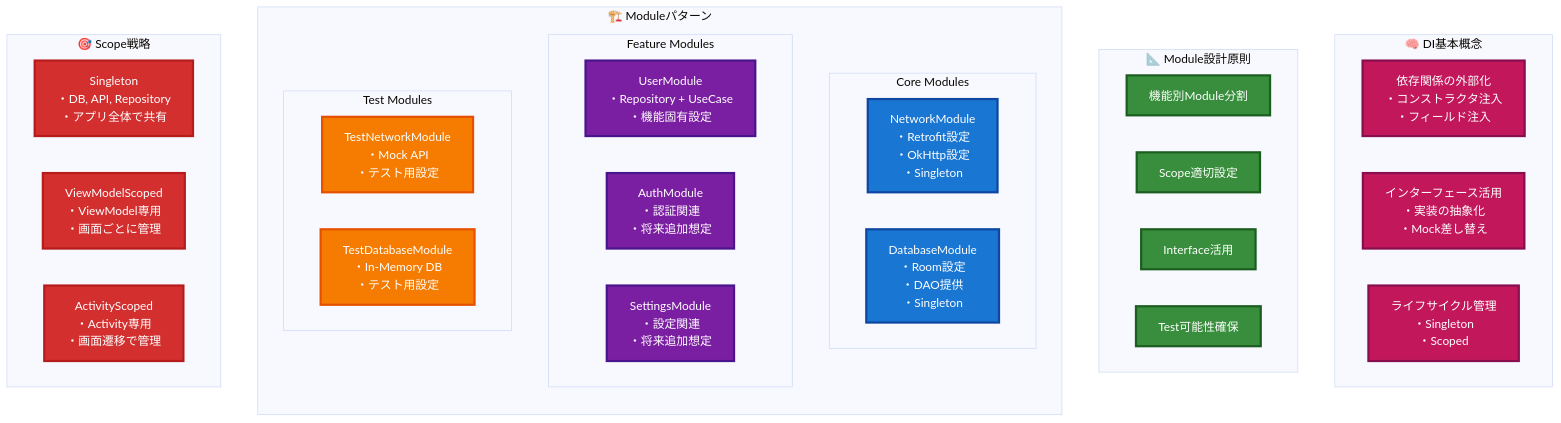
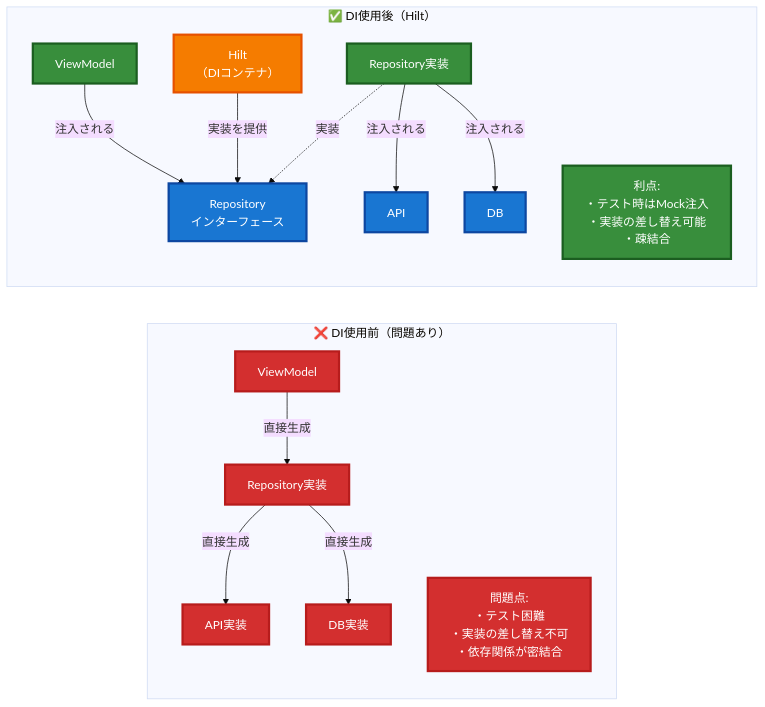
Before and after one commit to shimanukims/android-base: the fourth of 7 diagrams in ARCHITECTURE_GUIDE.md, drawn with Mermaid (base theme). The commit also changed other lines of this file, not shown here.

Commit message:
change architecture guide

````diff
--- a/ARCHITECTURE_GUIDE.md
+++ b/ARCHITECTURE_GUIDE.md
@@ -334,56 +355,33 @@
 ```mermaid
-graph TB
-    subgraph DIConcepts ["🧠 DI基本概念"]
-        A["依存関係の外部化<br/>・コンストラクタ注入<br/>・フィールド注入"]
-        B["インターフェース活用<br/>・実装の抽象化<br/>・Mock差し替え"]
-        C["ライフサイクル管理<br/>・Singleton<br/>・Scoped"]
+flowchart LR
+    subgraph WithoutDI ["❌ DI使用前（問題あり）"]
+        VM1["ViewModel"] -->|直接生成| Repo1["Repository実装"]
+        Repo1 -->|直接生成| API1["API実装"]
+        Repo1 -->|直接生成| DB1["DB実装"]
+        
+        Note1["問題点:<br/>・テスト困難<br/>・実装の差し替え不可<br/>・依存関係が密結合"]
     end
     
-    subgraph ModuleDesignPrinciples ["📐 Module設計原則"]
-        D[機能別Module分割]
-        E[Scope適切設定]
-        F[Interface活用]
-        G[Test可能性確保]
+    subgraph WithDI ["✅ DI使用後（Hilt）"]
+        VM2["ViewModel"] -->|注入される| RepoInterface["Repository<br/>インターフェース"]
+        
+        Hilt["Hilt<br/>（DIコンテナ）"] -->|実装を提供| RepoInterface
+        
+        RepoImpl["Repository実装"] -.->|実装| RepoInterface
+        RepoImpl -->|注入される| APIInterface["API"]
+        RepoImpl -->|注入される| DBInterface["DB"]
+        
+        Note2["利点:<br/>・テスト時はMock注入<br/>・実装の差し替え可能<br/>・疎結合"]
     end
     
-    subgraph ModulePatterns ["🏗️ Moduleパターン"]
-        direction TB
-        
-        subgraph CoreModules ["Core Modules"]
-            NetMod["NetworkModule<br/>・Retrofit設定<br/>・OkHttp設定<br/>・Singleton"]
-            DBMod["DatabaseModule<br/>・Room設定<br/>・DAO提供<br/>・Singleton"]
-        end
-        
-        subgraph FeatureModules ["Feature Modules"]
-            UserMod["UserModule<br/>・Repository + UseCase<br/>・機能固有設定"]
-            AuthMod["AuthModule<br/>・認証関連<br/>・将来追加想定"]
-            SettingMod["SettingsModule<br/>・設定関連<br/>・将来追加想定"]
-        end
-        
-        subgraph TestModules ["Test Modules"]
-            TestNetMod["TestNetworkModule<br/>・Mock API<br/>・テスト用設定"]
-            TestDBMod["TestDatabaseModule<br/>・In-Memory DB<br/>・テスト用設定"]
-        end
-    end
+    %% スタイリング
+    classDef problemStyle fill:#d32f2f,stroke:#b71c1c,stroke-width:3px,color:#ffffff
+    classDef solutionStyle fill:#388e3c,stroke:#1b5e20,stroke-width:3px,color:#ffffff
+    classDef interfaceStyle fill:#1976d2,stroke:#0d47a1,stroke-width:3px,color:#ffffff
+    classDef hiltStyle fill:#f57c00,stroke:#e65100,stroke-width:3px,color:#ffffff
     
-    subgraph ScopeStrategy ["🎯 Scope戦略"]
-        SingletonScope["Singleton<br/>・DB, API, Repository<br/>・アプリ全体で共有"]
-        ViewModelScope["ViewModelScoped<br/>・ViewModel専用<br/>・画面ごとに管理"]
-        ActivityScope["ActivityScoped<br/>・Activity専用<br/>・画面遷移で管理"]
-    end
-    
-    %% スタイリング - VSCode対応
-    classDef conceptStyle fill:#c2185b,stroke:#880e4f,stroke-width:3px,color:#ffffff
-    classDef principleStyle fill:#388e3c,stroke:#1b5e20,stroke-width:3px,color:#ffffff
-    classDef coreStyle fill:#1976d2,stroke:#0d47a1,stroke-width:3px,color:#ffffff
-    classDef featureStyle fill:#7b1fa2,stroke:#4a148c,stroke-width:3px,color:#ffffff
-    classDef testStyle fill:#f57c00,stroke:#e65100,stroke-width:3px,color:#ffffff
-    classDef scopeStyle fill:#d32f2f,stroke:#b71c1c,stroke-width:3px,color:#ffffff
-    
-    class A,B,C conceptStyle
-    class D,E,F,G principleStyle
-    class NetMod,DBMod coreStyle
-    class UserMod,AuthMod,SettingMod featureStyle
-    class TestNetMod,TestDBMod testStyle
-    class SingletonScope,ViewModelScope,ActivityScope scopeStyle
+    class VM1,Repo1,API1,DB1,Note1 problemStyle
+    class VM2,RepoImpl,Note2 solutionStyle
+    class RepoInterface,APIInterface,DBInterface interfaceStyle
+    class Hilt hiltStyle
 ```
````
